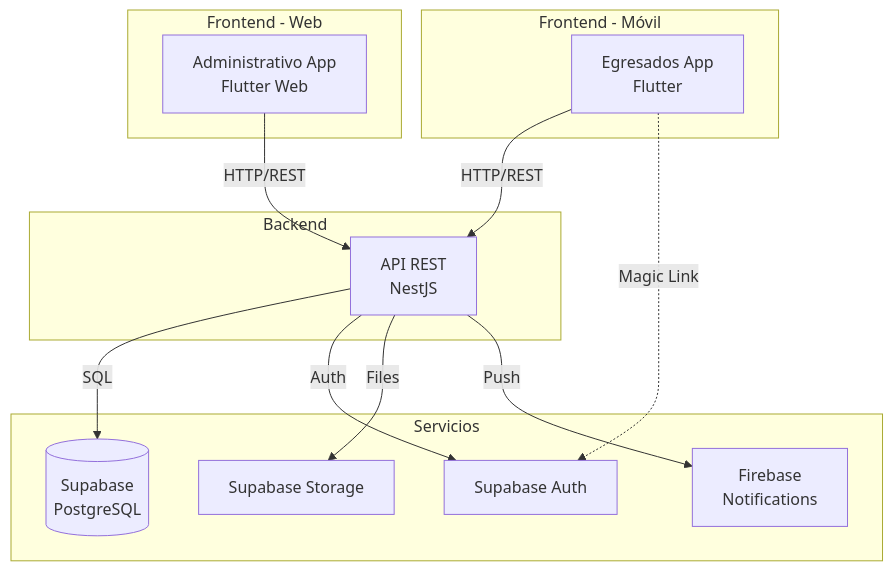
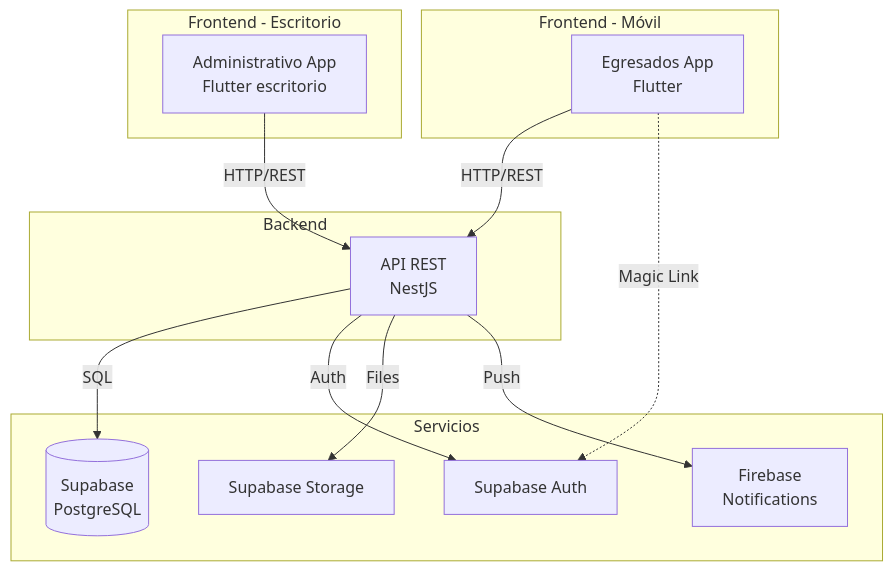
The diagram in README.md (pulistar/alumni-), drawn with Mermaid before and after one commit.

Commit message:
arreglo de ortografia

````diff
--- a/README.md
+++ b/README.md
@@ -49,29 +49,29 @@
 ```mermaid
 graph TB
     subgraph "Frontend - Móvil"
         A[Egresados App<br/>Flutter]
     end
     
-    subgraph "Frontend - Web"
-        B[Administrativo App<br/>Flutter Web]
+    subgraph "Frontend - Escritorio"
+        B[Administrativo App<br/>Flutter escritorio]
     end
     
     subgraph "Backend"
         C[API REST<br/>NestJS]
     end
     
     subgraph "Servicios"
         D[(Supabase<br/>PostgreSQL)]
         E[Supabase Auth]
         F[Supabase Storage]
         G[Firebase<br/>Notifications]
     end
     
     A -->|HTTP/REST| C
     B -->|HTTP/REST| C
     C -->|SQL| D
     C -->|Auth| E
     C -->|Files| F
     C -->|Push| G
     A -.->|Magic Link| E
 ```
````
